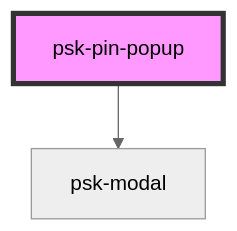
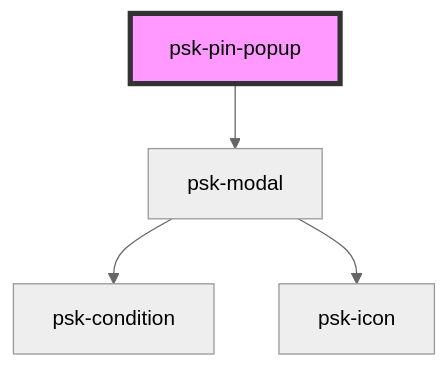
Before and after one commit to daniel-visoiu/cardinal: the diagram in src/components/psk-pin-popup/readme.md, drawn with Mermaid (neutral theme). The commit also changed 15 other files, not shown here.

Commit message:
added psk-live-code component | integrated Prism.Live library | enhanched psk-modal component (added expanded attribute + footer section) | removed default color for psk-icon for style purposes

````diff
--- a/src/components/psk-pin-popup/readme.md
+++ b/src/components/psk-pin-popup/readme.md
@@ -29,5 +29,7 @@
 ```mermaid
 graph TD;
   psk-pin-popup --> psk-modal
+  psk-modal --> psk-condition
+  psk-modal --> psk-icon
   style psk-pin-popup fill:#f9f,stroke:#333,stroke-width:4px
 ```
````
